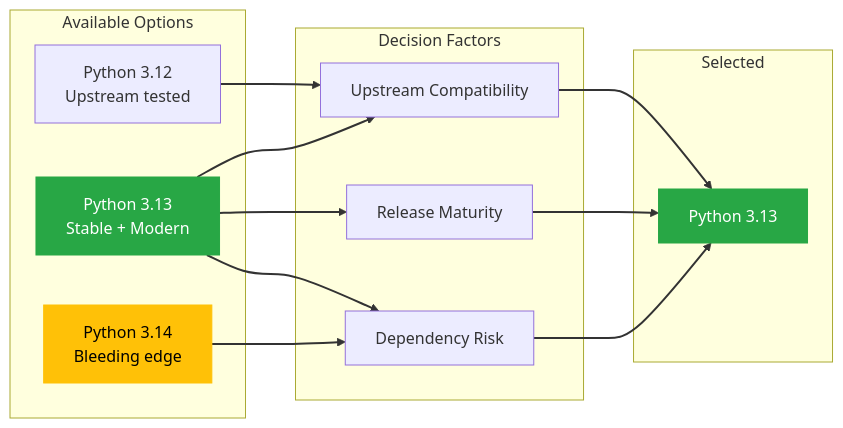
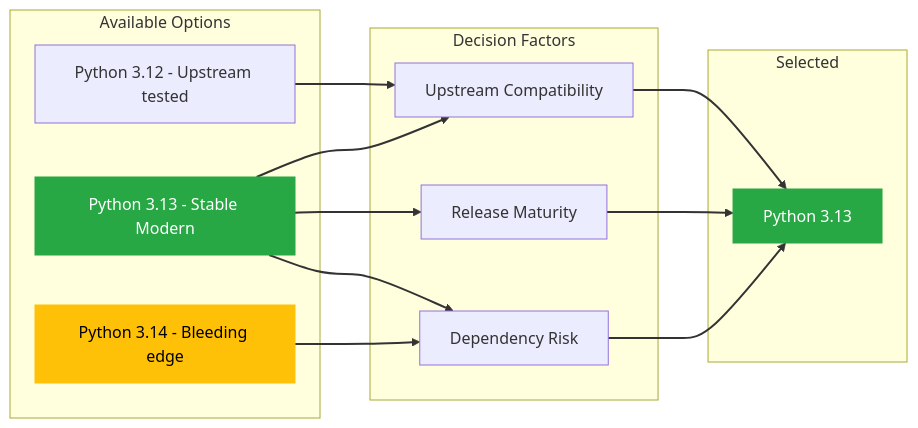
The seventh of 7 diagrams in docs/ARCHITECTURE.md (datastreamapp/terraform-waf-module), drawn with Mermaid before and after one commit. The commit also changed other lines of this file and 2 other files, not shown here.

First line of the commit message:
docs: update CI/CD pipeline diagrams to show complete flow

````diff
--- a/docs/ARCHITECTURE.md
+++ b/docs/ARCHITECTURE.md
@@ -250,34 +254,34 @@
 ```mermaid
 flowchart LR
     subgraph Options["Available Options"]
-        P312["Python 3.12<br/>Upstream tested"]
-        P313["Python 3.13<br/>Stable + Modern"]
-        P314["Python 3.14<br/>Bleeding edge"]
+        P312["Python 3.12 - Upstream tested"]
+        P313["Python 3.13 - Stable Modern"]
+        P314["Python 3.14 - Bleeding edge"]
     end
 
     subgraph Decision["Decision Factors"]
         Compat["Upstream Compatibility"]
         Stable["Release Maturity"]
         Risk["Dependency Risk"]
     end
 
     subgraph Result["Selected"]
         Winner["Python 3.13"]
     end
 
     P312 --> Compat
     P313 --> Compat
     P313 --> Stable
     P313 --> Risk
     P314 --> Risk
 
     Compat --> Winner
     Stable --> Winner
     Risk --> Winner
 
     style P313 fill:#28a745,stroke:#28a745,color:white
     style Winner fill:#28a745,stroke:#28a745,color:white
     style P314 fill:#ffc107,stroke:#ffc107,color:black
 
     linkStyle default stroke:#333,stroke-width:2px
 ```
````
